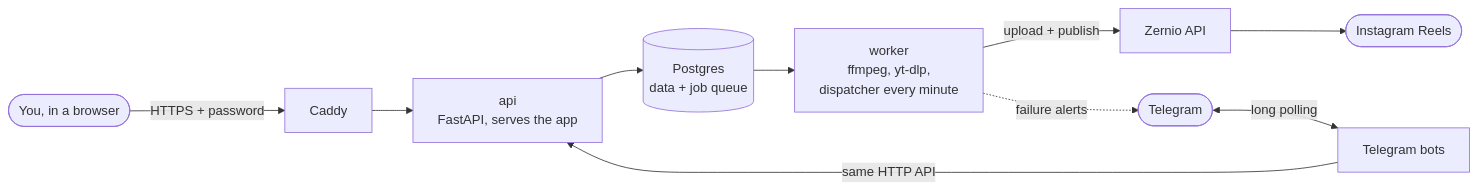
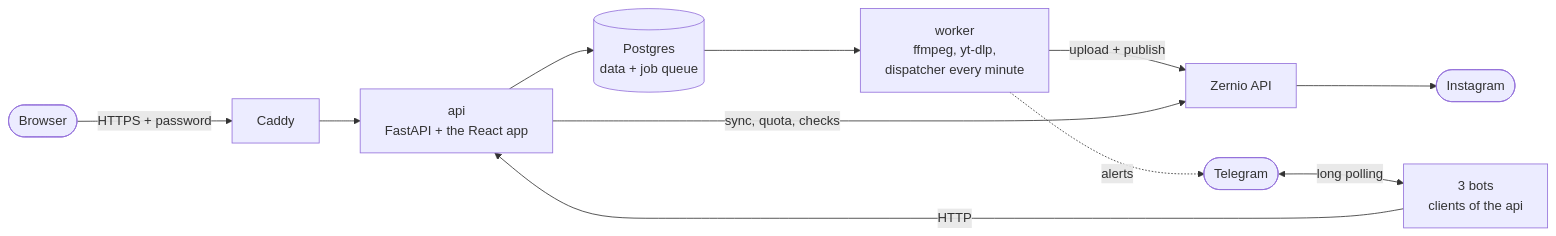
One commit to paramshah07/Marketing-and-Clipping-Platform changed the third of 3 diagrams in README.md. Above: the diagram before and after it, drawn with Mermaid. The commit also changed other lines of this file, not shown here.

````diff
--- a/README.md
+++ b/README.md
@@ -25,12 +125,10 @@
 ```mermaid
 flowchart LR
-  you(["You, in a browser"]) -->|"HTTPS + password"| caddy["Caddy"]
-  tg(["Telegram"]) <-->|"long polling"| bot["Telegram bots"]
-  caddy --> api["api<br/>FastAPI, serves the app"]
-  bot -->|"same HTTP API"| api
+  browser(["Browser"]) -->|"HTTPS + password"| caddy["Caddy"] --> api["api<br/>FastAPI + the React app"]
+  tg(["Telegram"]) <-->|"long polling"| bots["3 bots<br/>clients of the api"] -->|"HTTP"| api
   api --> db[("Postgres<br/>data + job queue")]
   db --> worker["worker<br/>ffmpeg, yt-dlp,<br/>dispatcher every minute"]
-  worker -->|"upload + publish"| zernio["Zernio API"]
-  zernio --> ig(["Instagram Reels"])
-  worker -.->|"failure alerts"| tg
+  worker -->|"upload + publish"| zernio["Zernio API"] --> ig(["Instagram"])
+  api -->|"sync, quota, checks"| zernio
+  worker -.->|"alerts"| tg
 ```
````
